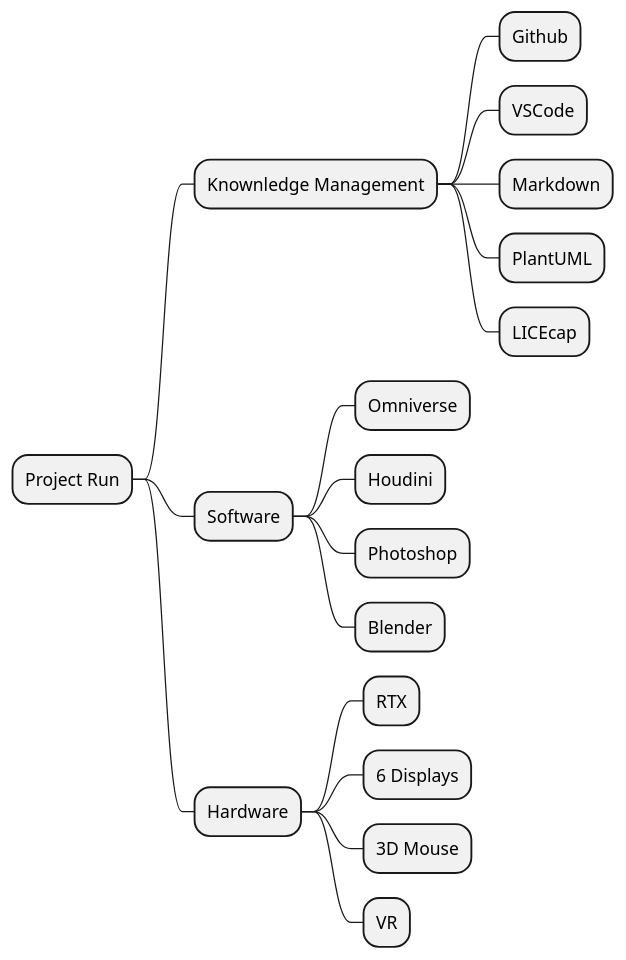
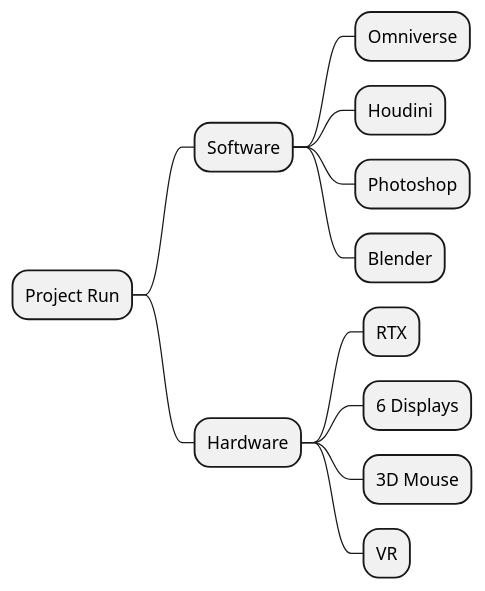
The diagram in PlantUML/project_run.puml (asuralhp/Test), drawn with PlantUML before and after one commit. The commit also changed 3 other files, not shown here.

```diff
--- a/PlantUML/project_run.puml
+++ b/PlantUML/project_run.puml
@@ -1,19 +1,13 @@
 @startmindmap
 * Project Run
-** Knownledge Management
-*** Github
-*** VSCode
-*** Markdown
-*** PlantUML
-*** LICEcap
 ** Software
 *** Omniverse
 *** Houdini
 *** Photoshop
 *** Blender
 ** Hardware
 *** RTX
 *** 6 Displays
 *** 3D Mouse
 *** VR
 @endmindmap
```
